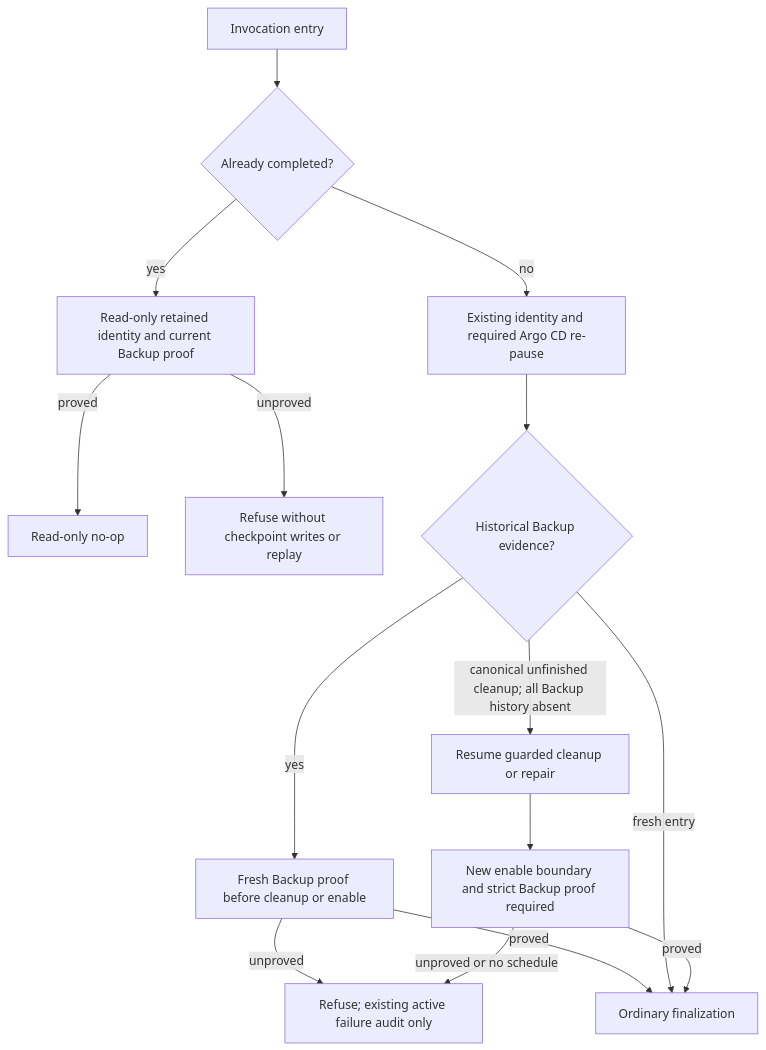
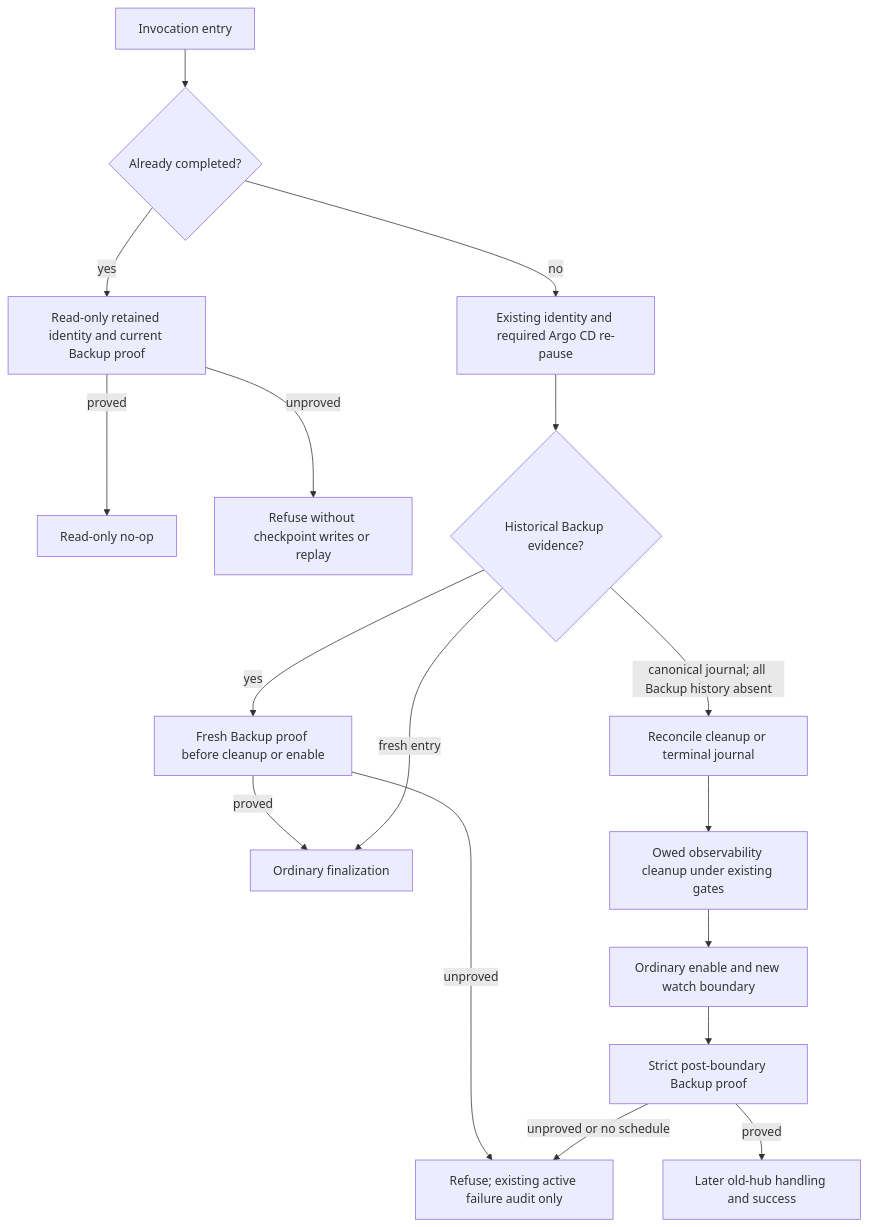
Before and after one commit to tomazb/rh-acm-switchover: the third of 5 diagrams in docs/development/architecture.md, drawn with Mermaid. The commit also changed other lines of this file and 20 other files, not shown here.

First line of the commit message:
fix: recover history-free finalization after cleanup

````diff
--- a/docs/development/architecture.md
+++ b/docs/development/architecture.md
@@ -498,17 +501,19 @@
 ```mermaid
 flowchart TD
     E[Invocation entry] --> C{Already completed?}
     C -->|yes| I[Read-only retained identity and current Backup proof]
     I -->|proved| N[Read-only no-op]
     I -->|unproved| R[Refuse without checkpoint writes or replay]
     C -->|no| P[Existing identity and required Argo CD re-pause]
     P --> H{Historical Backup evidence?}
     H -->|yes| V[Fresh Backup proof before cleanup or enable]
     V -->|unproved| A[Refuse; existing active failure audit only]
     V -->|proved| F[Ordinary finalization]
     H -->|fresh entry| F
-    H -->|canonical unfinished cleanup; all Backup history absent| U[Resume guarded cleanup or repair]
-    U --> B[New enable boundary and strict Backup proof required]
-    B -->|proved| F
-    B -->|unproved or no schedule| A
+    H -->|canonical journal; all Backup history absent| U[Reconcile cleanup or terminal journal]
+    U --> O[Owed observability cleanup under existing gates]
+    O --> B[Ordinary enable and new watch boundary]
+    B --> Q[Strict post-boundary Backup proof]
+    Q -->|proved| L[Later old-hub handling and success]
+    Q -->|unproved or no schedule| A
 ```
````
